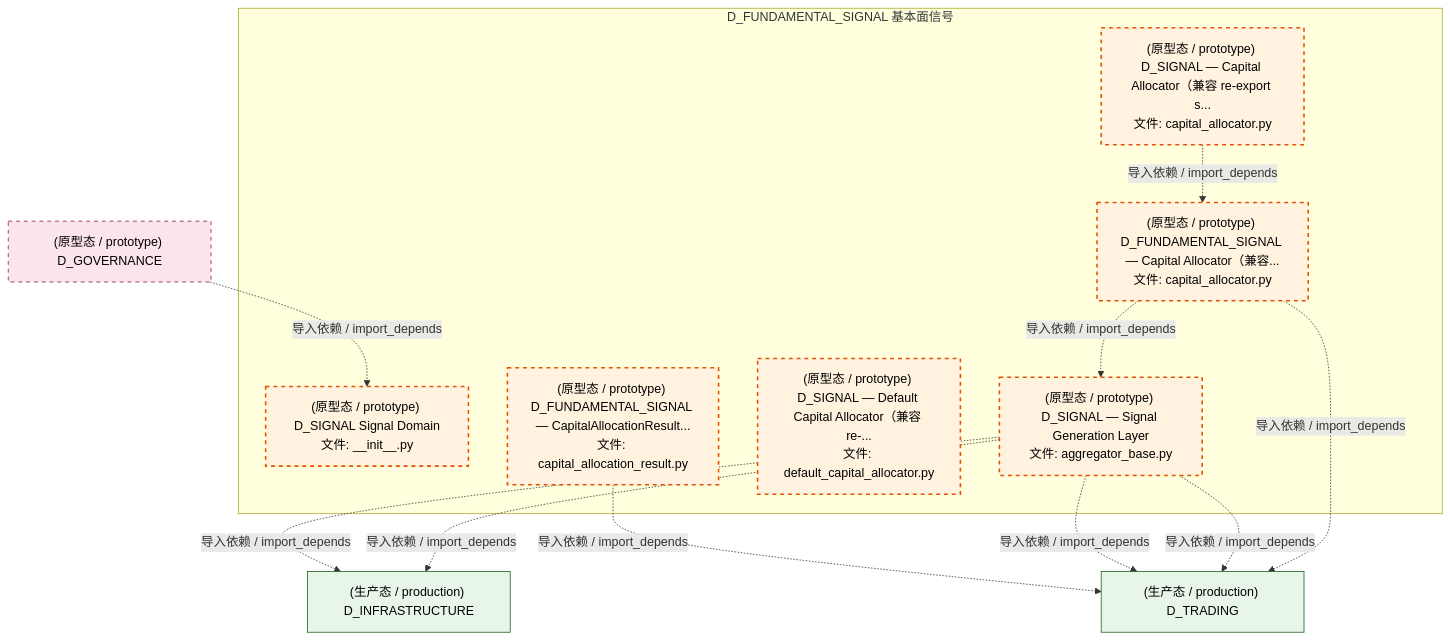
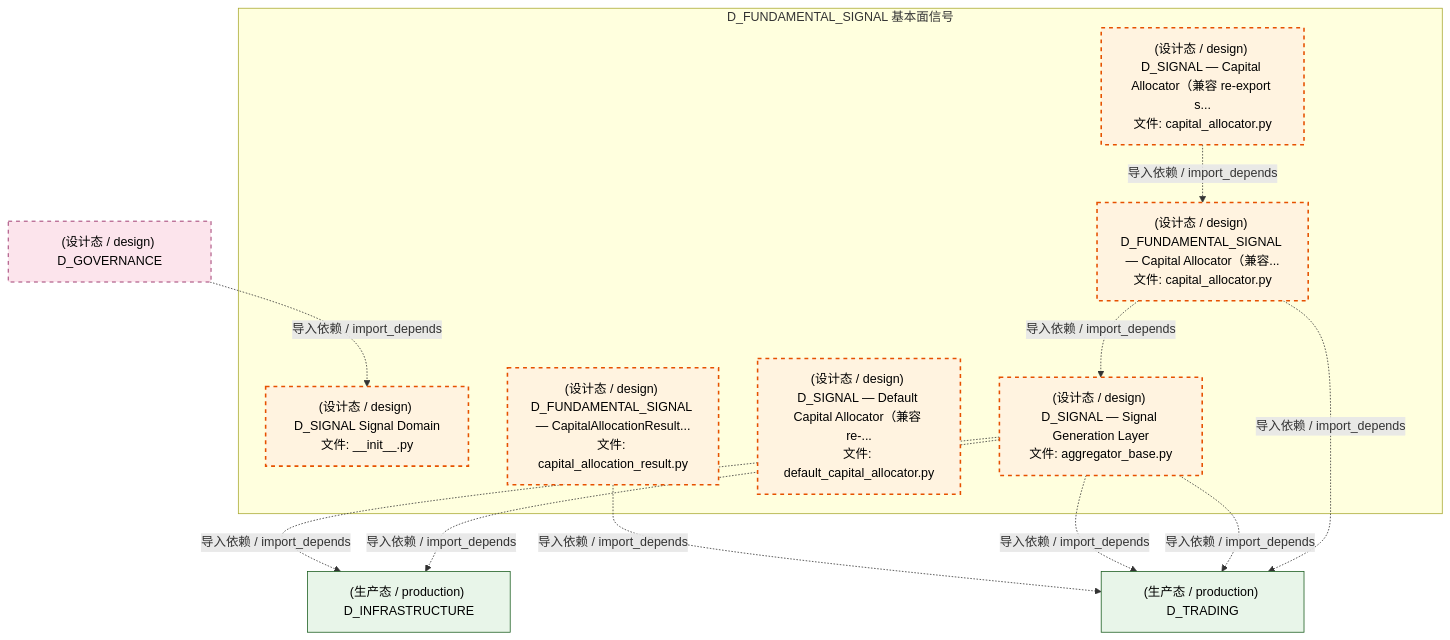
One commit to xuanFelixVan/ZephyrAlpha changed the third of 4 diagrams in docs/02_enterprise_architecture/02_domain_architecture_docs/37_d_fundamental_signal.md. Above: the diagram before and after it, drawn with Mermaid. The commit also changed other lines of this file and 177 other files, not shown here.

````diff
--- a/docs/02_enterprise_architecture/02_domain_architecture_docs/37_d_fundamental_signal.md
+++ b/docs/02_enterprise_architecture/02_domain_architecture_docs/37_d_fundamental_signal.md
@@ -171,30 +170,30 @@
 ```mermaid
 graph TD
     subgraph D_FUNDAMENTAL_SIGNAL["D_FUNDAMENTAL_SIGNAL 基本面信号"]
-        src_zephyr_signal_fundamental_init_py["(原型态 / prototype) D_SIGNAL Signal Domain<br/>文件: __init__.py"]
-        src_zephyr_signal_fundamental_capital_capital_allocation_result_py["(原型态 / prototype) D_FUNDAMENTAL_SIGNAL — CapitalAllocationResult...<br/>文件: capital_allocation_result.py"]
-        src_zephyr_signal_fundamental_capital_capital_allocator_py["(原型态 / prototype) D_SIGNAL — Capital Allocator（兼容 re-export s...<br/>文件: capital_allocator.py"]
-        src_zephyr_signal_fundamental_capital_default_capital_allocator_py["(原型态 / prototype) D_SIGNAL — Default Capital Allocator（兼容 re-...<br/>文件: default_capital_allocator.py"]
-        src_zephyr_signal_fundamental_gen_aggregator_base_py["(原型态 / prototype) D_SIGNAL — Signal Generation Layer<br/>文件: aggregator_base.py"]
-        src_zephyr_signal_fundamental_strategy_capital_allocator_py["(原型态 / prototype) D_FUNDAMENTAL_SIGNAL — Capital Allocator（兼容...<br/>文件: capital_allocator.py"]
+        src_zephyr_signal_fundamental_init_py["(设计态 / design) D_SIGNAL Signal Domain<br/>文件: __init__.py"]
+        src_zephyr_signal_fundamental_capital_capital_allocation_result_py["(设计态 / design) D_FUNDAMENTAL_SIGNAL — CapitalAllocationResult...<br/>文件: capital_allocation_result.py"]
+        src_zephyr_signal_fundamental_capital_capital_allocator_py["(设计态 / design) D_SIGNAL — Capital Allocator（兼容 re-export s...<br/>文件: capital_allocator.py"]
+        src_zephyr_signal_fundamental_capital_default_capital_allocator_py["(设计态 / design) D_SIGNAL — Default Capital Allocator（兼容 re-...<br/>文件: default_capital_allocator.py"]
+        src_zephyr_signal_fundamental_gen_aggregator_base_py["(设计态 / design) D_SIGNAL — Signal Generation Layer<br/>文件: aggregator_base.py"]
+        src_zephyr_signal_fundamental_strategy_capital_allocator_py["(设计态 / design) D_FUNDAMENTAL_SIGNAL — Capital Allocator（兼容...<br/>文件: capital_allocator.py"]
     end
     src_zephyr_signal_fundamental_capital_capital_allocator_py -.->|导入依赖 / import_depends| src_zephyr_signal_fundamental_strategy_capital_allocator_py
     src_zephyr_signal_fundamental_strategy_capital_allocator_py -.->|导入依赖 / import_depends| src_zephyr_signal_fundamental_gen_aggregator_base_py
     D_TRADING["(生产态 / production) D_TRADING"]
     src_zephyr_signal_fundamental_capital_capital_allocation_result_py -.->|导入依赖 / import_depends| D_TRADING
     D_INFRASTRUCTURE["(生产态 / production) D_INFRASTRUCTURE"]
     src_zephyr_signal_fundamental_gen_aggregator_base_py -.->|导入依赖 / import_depends| D_INFRASTRUCTURE
     src_zephyr_signal_fundamental_gen_aggregator_base_py -.->|导入依赖 / import_depends| D_TRADING
     src_zephyr_signal_fundamental_gen_aggregator_base_py -.->|导入依赖 / import_depends| D_TRADING
     src_zephyr_signal_fundamental_gen_aggregator_base_py -.->|导入依赖 / import_depends| D_INFRASTRUCTURE
     src_zephyr_signal_fundamental_strategy_capital_allocator_py -.->|导入依赖 / import_depends| D_TRADING
-    D_GOVERNANCE["(原型态 / prototype) D_GOVERNANCE"]
+    D_GOVERNANCE["(设计态 / design) D_GOVERNANCE"]
     D_GOVERNANCE -.->|导入依赖 / import_depends| src_zephyr_signal_fundamental_init_py
     classDef production fill:#e1f5fe,stroke:#01579b,stroke-width:2px,color:#000
     classDef design fill:#fff3e0,stroke:#e65100,stroke-width:2px,color:#000,stroke-dasharray: 5 5
     classDef external_prod fill:#e8f5e9,stroke:#1b5e20,stroke-width:1px,color:#000
     classDef external_design fill:#fce4ec,stroke:#880e4f,stroke-width:1px,color:#000,stroke-dasharray: 5 5
     class src_zephyr_signal_fundamental_init_py,src_zephyr_signal_fundamental_capital_capital_allocation_result_py,src_zephyr_signal_fundamental_capital_capital_allocator_py,src_zephyr_signal_fundamental_capital_default_capital_allocator_py,src_zephyr_signal_fundamental_gen_aggregator_base_py,src_zephyr_signal_fundamental_strategy_capital_allocator_py design
     class D_TRADING,D_INFRASTRUCTURE external_prod
     class D_GOVERNANCE external_design
 ```
````
